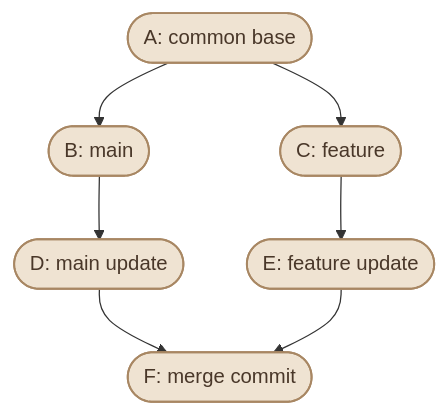
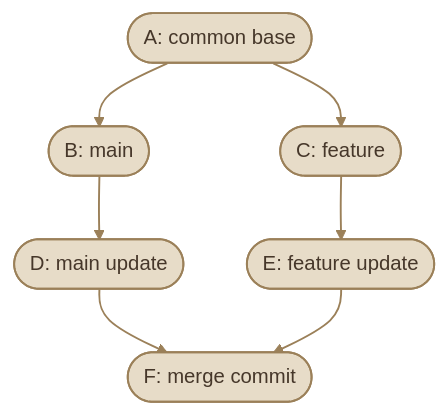
The fifth of 5 diagrams in content/version-control/Git and GitHub/git-internals.mdx (mustafammasoud/ops-handbook), drawn with Mermaid before and after one commit. The commit also changed other lines of this file and 17 other files, not shown here.

````diff
--- a/content/version-control/Git and GitHub/git-internals.mdx
+++ b/content/version-control/Git and GitHub/git-internals.mdx
@@ -494,12 +526,14 @@
 ```mermaid
 flowchart TD
     A(["A: common base"]) --> B(["B: main"])
     A --> C(["C: feature"])
     B --> D(["D: main update"])
     C --> E(["E: feature update"])
     D --> F(["F: merge commit"])
     E --> F
 
-    classDef commit fill:#efe3d2,stroke:#a88763,color:#493729,stroke-width:1.5px
+    classDef commit fill:#E7DCC8,stroke:#9B8059,color:#46372A,stroke-width:1.5px
     class A,B,C,D,E,F commit
+
+    linkStyle default stroke:#9B8059,stroke-width:1.5px
 ```
````
